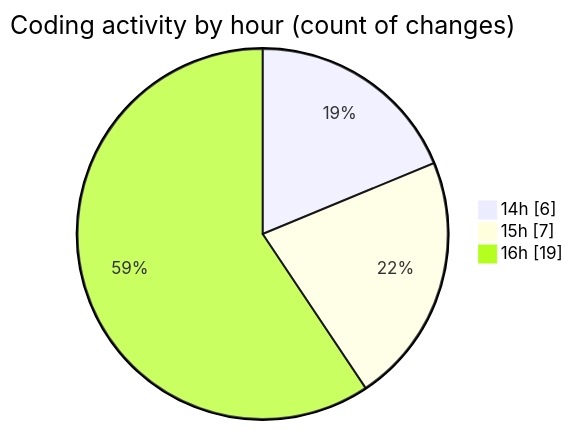
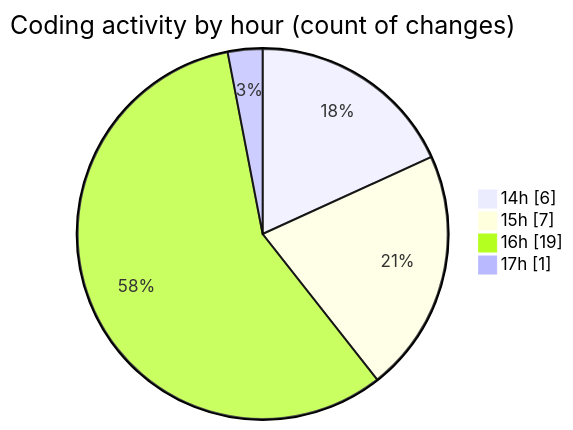
The second of 2 diagrams in 2026-03-30/cinema/README.md (igalym/code-tracking), drawn with Mermaid before and after one commit. The commit also changed other lines of this file and 1 other file, not shown here.

````diff
--- a/2026-03-30/cinema/README.md
+++ b/2026-03-30/cinema/README.md
@@ -33,7 +35,8 @@
 ```mermaid
 pie showData
 title Coding activity by hour (count of changes)
 "14h" : 6
 "15h" : 7
 "16h" : 19
+"17h" : 1
 ```
````
